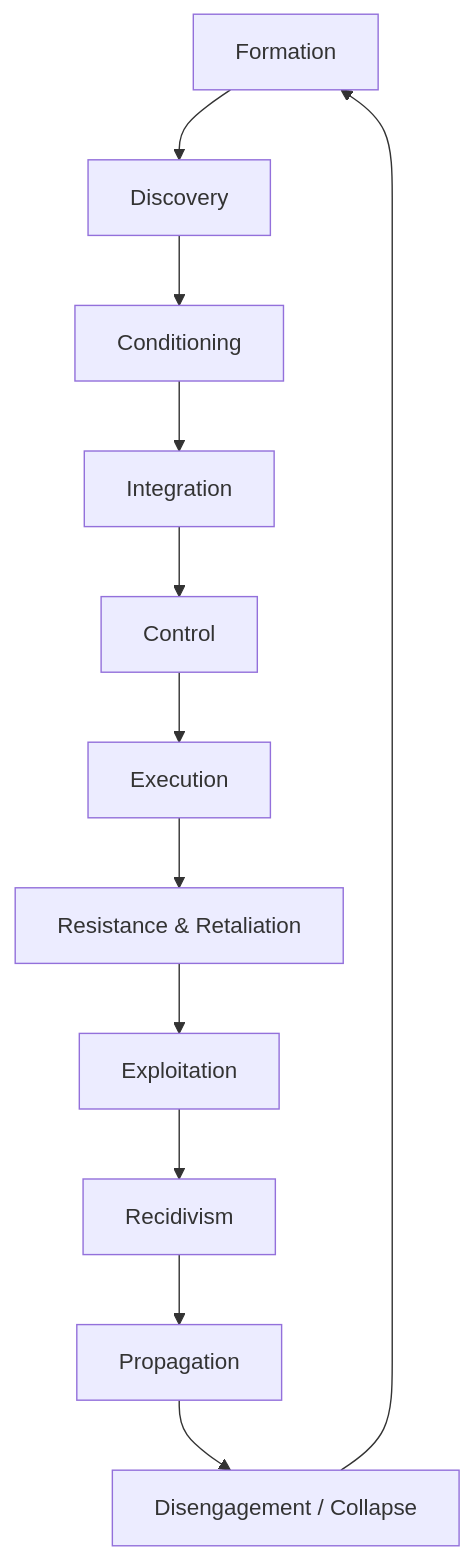
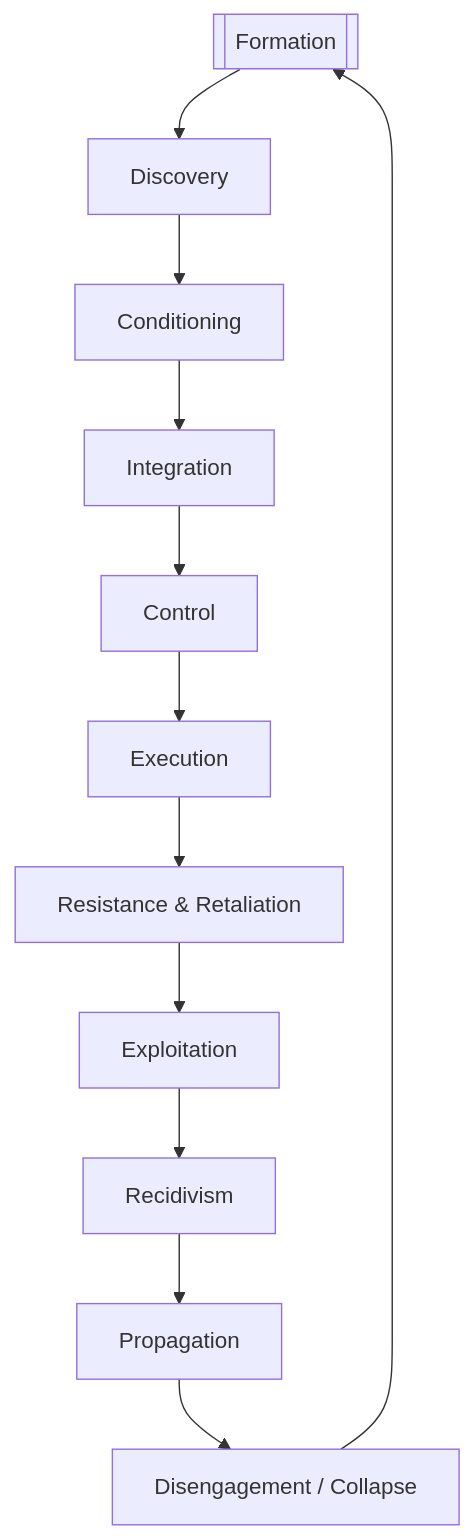
One commit to notastandard-org/safe-framework changed the diagram in docs/Theory/SAFE Lifecycle.md. Above: the diagram before and after it, drawn with Mermaid. The commit also changed 14 other files, not shown here.

````diff
--- a/docs/Theory/SAFE Lifecycle.md
+++ b/docs/Theory/SAFE Lifecycle.md
@@ -82,14 +82,14 @@
 ```mermaid
 flowchart TD
-    A[Formation] --> B[Discovery]
+    A[[Formation]] --> B[Discovery]
     B --> C[Conditioning]
     C --> D[Integration]
     D --> E[Control]
     E --> F[Execution]
     F --> G[Resistance & Retaliation]
     G --> H[Exploitation]
     H --> I[Recidivism]
     I --> J[Propagation]
     J --> K[Disengagement / Collapse]
     K --> A
 ```
````
